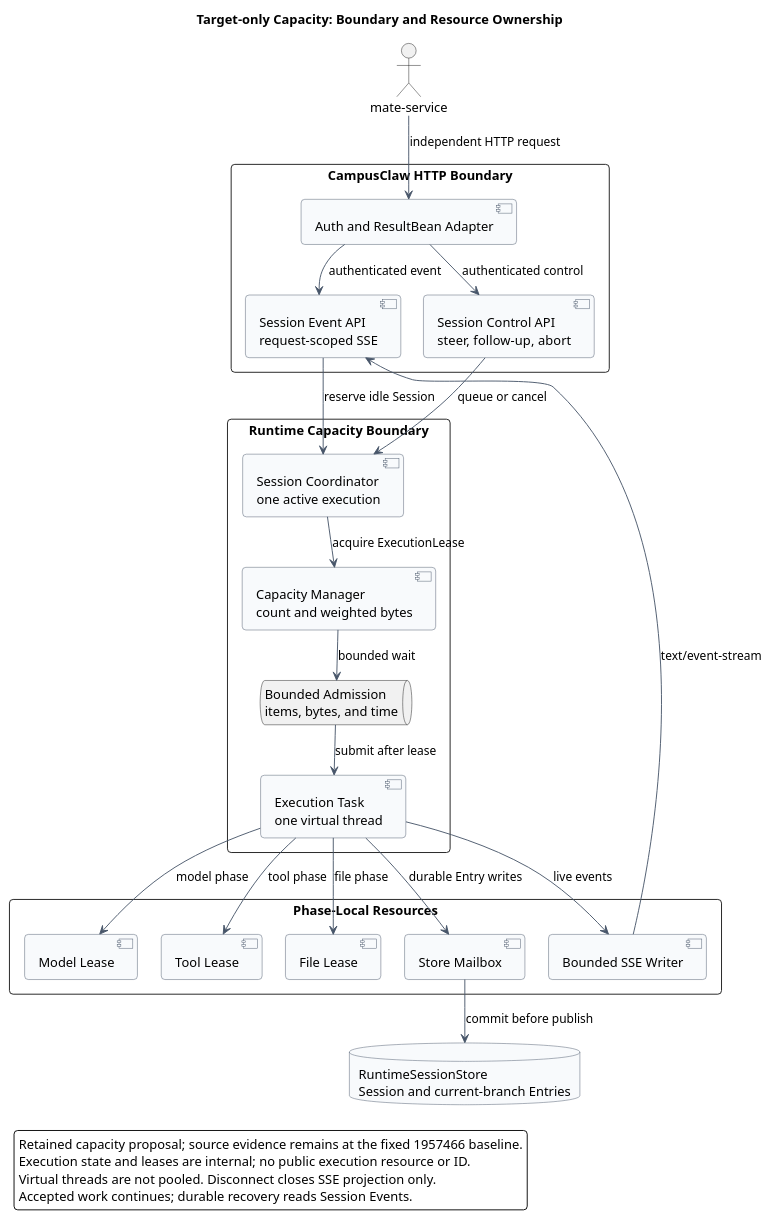
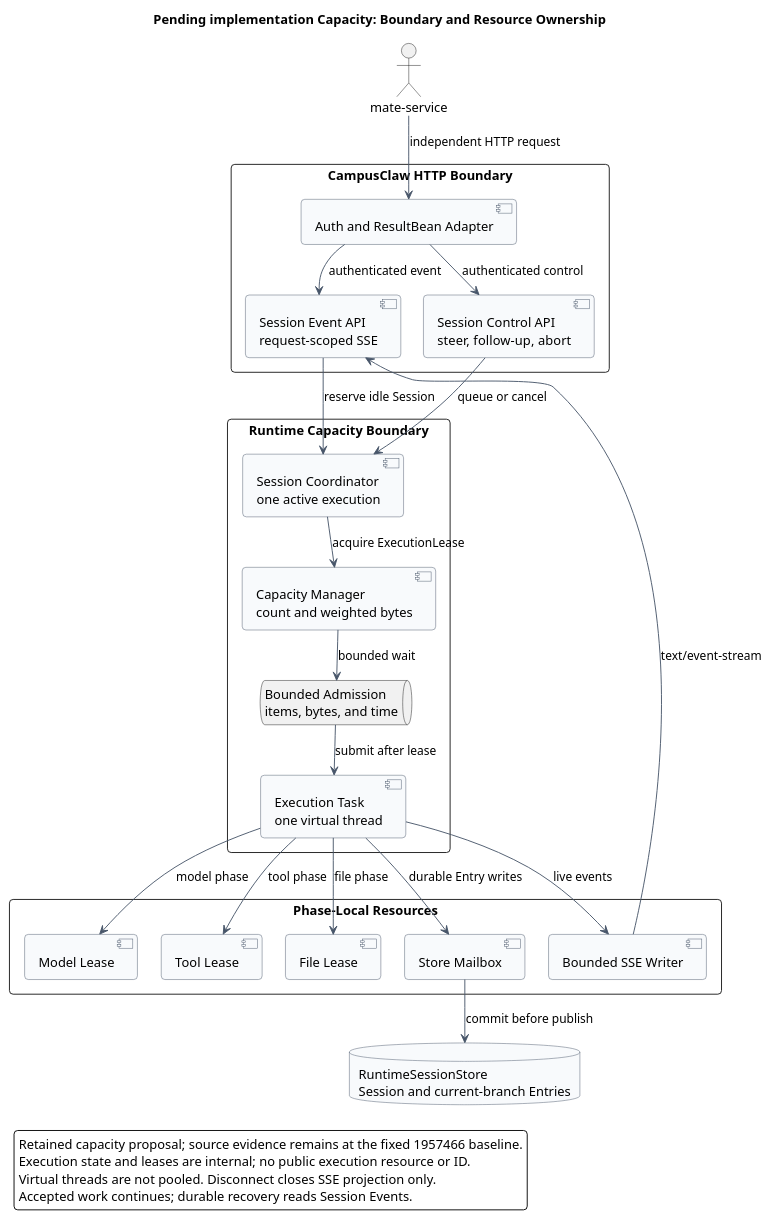
One commit to ssm0808/pi-mono-java-design changed the first of 3 diagrams in 01-总体架构/03-虚拟线程并发管理/diagram.puml. Above: the diagram before and after it, drawn with PlantUML. The commit also changed other lines of this file and 182 other files, not shown here.

```diff
--- a/01-总体架构/03-虚拟线程并发管理/diagram.puml
+++ b/01-总体架构/03-虚拟线程并发管理/diagram.puml
@@ -7,74 +7,74 @@
 @startuml virtual_thread_capacity_overview
 top to bottom direction
 skinparam nodesep 25
 skinparam ranksep 35
-title Target-only Capacity: Boundary and Resource Ownership
+title Pending implementation Capacity: Boundary and Resource Ownership
 
 ' Source evidence:
 ' modules/agent-core/src/main/java/com/campusclaw/agent/Agent.java, VIRTUAL_THREAD_EXECUTOR and startExecution
 ' modules/agent-core/src/main/java/com/campusclaw/agent/loop/AgentLoop.java, consumeStream
 ' modules/agent-core/src/main/java/com/campusclaw/agent/tool/ToolExecutionPipeline.java, executeParallel
 ' modules/ai/src/main/java/com/campusclaw/ai/stream/EventStream.java, eventSink
 ' Observed behavior: agent and tool tasks already use virtual threads and blocking stream consumption.
 ' Architecture change: add deployment-level execution admission, byte budgets, and phase-local leases.
 ' Product constraint: callers see Session Events and Entries, never an execution resource or id.
 
 skinparam backgroundColor #FFFFFF
 skinparam shadowing false
 skinparam roundcorner 8
 skinparam ArrowColor #475569
 skinparam ComponentBorderColor #475569
 skinparam ComponentBackgroundColor #F8FAFC
 skinparam DatabaseBorderColor #475569
 skinparam DatabaseBackgroundColor #F8FAFC
 
 actor "mate-service" as client
 
 rectangle "CampusClaw HTTP Boundary" {
   component "Session Event API\nrequest-scoped SSE" as api
   component "Session Control API\nsteer, follow-up, abort" as control
   component "Auth and ResultBean Adapter" as auth
 }
 
 rectangle "Runtime Capacity Boundary" {
   component "Session Coordinator\none active execution" as session
   component "Capacity Manager\ncount and weighted bytes" as capacity
   queue "Bounded Admission\nitems, bytes, and time" as queue
   component "Execution Task\none virtual thread" as task
 }
 
 rectangle "Phase-Local Resources" {
   component "Model Lease" as model
   component "Tool Lease" as tool
   component "File Lease" as file
   component "Store Mailbox" as mailbox
   component "Bounded SSE Writer" as sse
 }
 
 database "RuntimeSessionStore\nSession and current-branch Entries" as store
 
 client --> auth : independent HTTP request
 auth --> api : authenticated event
 auth --> control : authenticated control
 api --> session : reserve idle Session
 session --> capacity : acquire ExecutionLease
 capacity --> queue : bounded wait
 queue --> task : submit after lease
 task --> model : model phase
 task --> tool : tool phase
 task --> file : file phase
 task --> mailbox : durable Entry writes
 mailbox --> store : commit before publish
 task --> sse : live events
 sse -[norank]-> api : text/event-stream
 control -[norank]-> session : queue or cancel
 
 
 
 legend bottom left
 Retained capacity proposal; source evidence remains at the fixed 1957466 baseline.
 Execution state and leases are internal; no public execution resource or ID.
 Virtual threads are not pooled. Disconnect closes SSE projection only.
 Accepted work continues; durable recovery reads Session Events.
 endlegend
 @enduml
```
